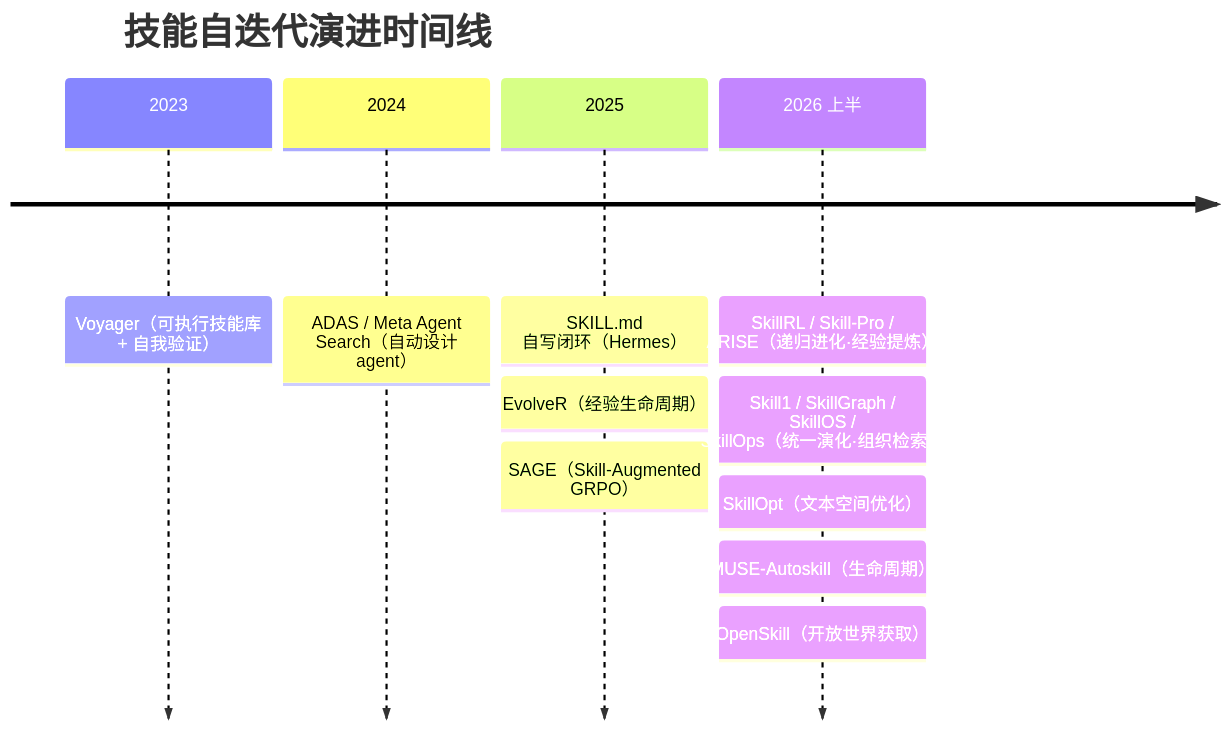
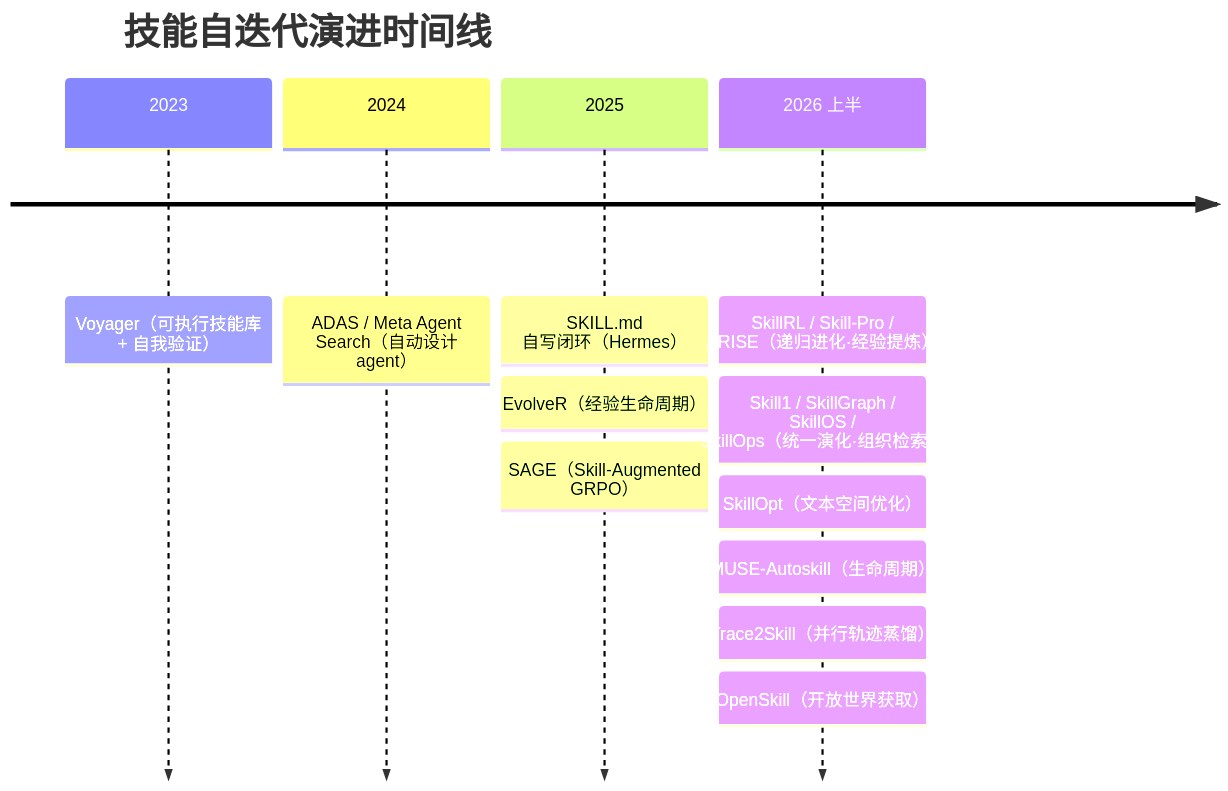
Before and after one commit to BrenchCC/llm-compass: the second of 2 diagrams in docs/skills/autoskill/index.md, drawn with Mermaid. The commit also changed other lines of this file and 45 other files, not shown here.

First line of the commit message:
feat: add Trace2Skill framework documentation and update autoskill overview

````diff
--- a/docs/skills/autoskill/index.md
+++ b/docs/skills/autoskill/index.md
@@ -88,8 +89,8 @@
 ```mermaid
 timeline
     title 技能自迭代演进时间线
     2023 : Voyager（可执行技能库 + 自我验证）
     2024 : ADAS / Meta Agent Search（自动设计 agent）
     2025 : SKILL.md 自写闭环（Hermes） : EvolveR（经验生命周期） : SAGE（Skill-Augmented GRPO）
-    2026 上半 : SkillRL / Skill-Pro / ARISE（递归进化·经验提炼） : Skill1 / SkillGraph / SkillOS / SkillOps（统一演化·组织检索） : SkillOpt（文本空间优化） : MUSE-Autoskill（生命周期） : OpenSkill（开放世界获取）
+    2026 上半 : SkillRL / Skill-Pro / ARISE（递归进化·经验提炼） : Skill1 / SkillGraph / SkillOS / SkillOps（统一演化·组织检索） : SkillOpt（文本空间优化） : MUSE-Autoskill（生命周期） : Trace2Skill（并行轨迹蒸馏） : OpenSkill（开放世界获取）
 ```
````
